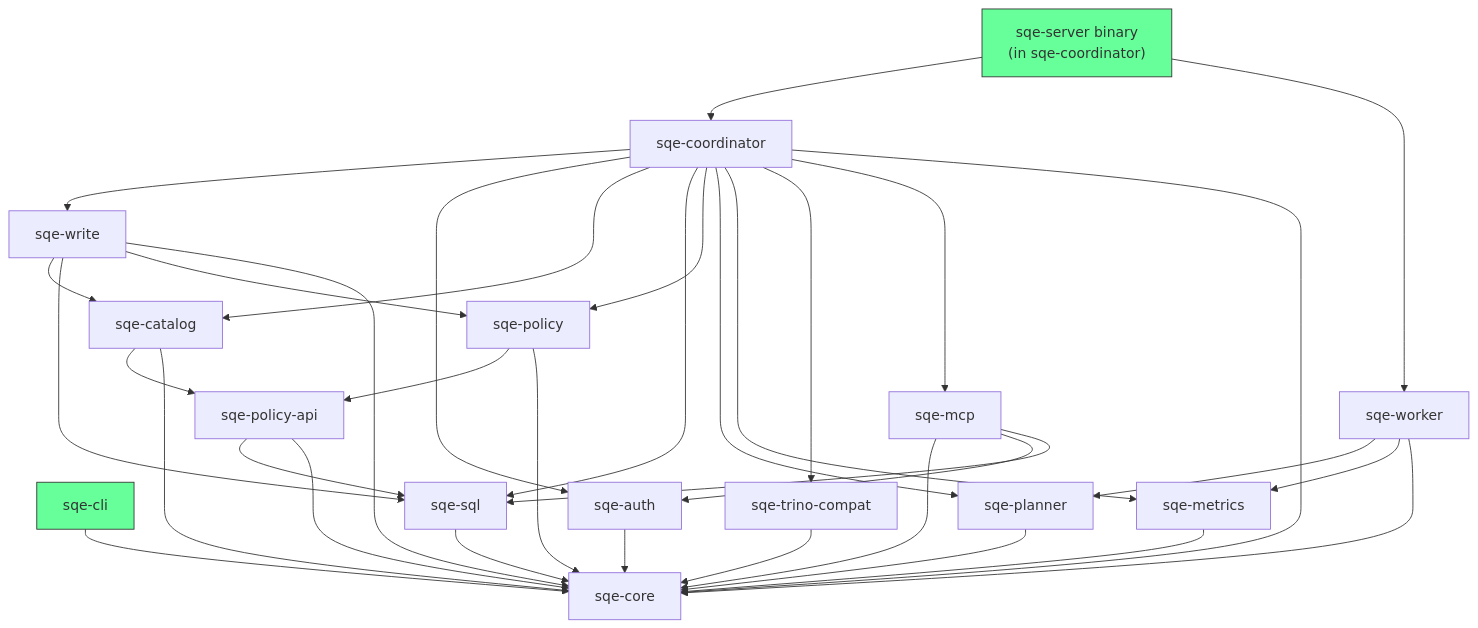
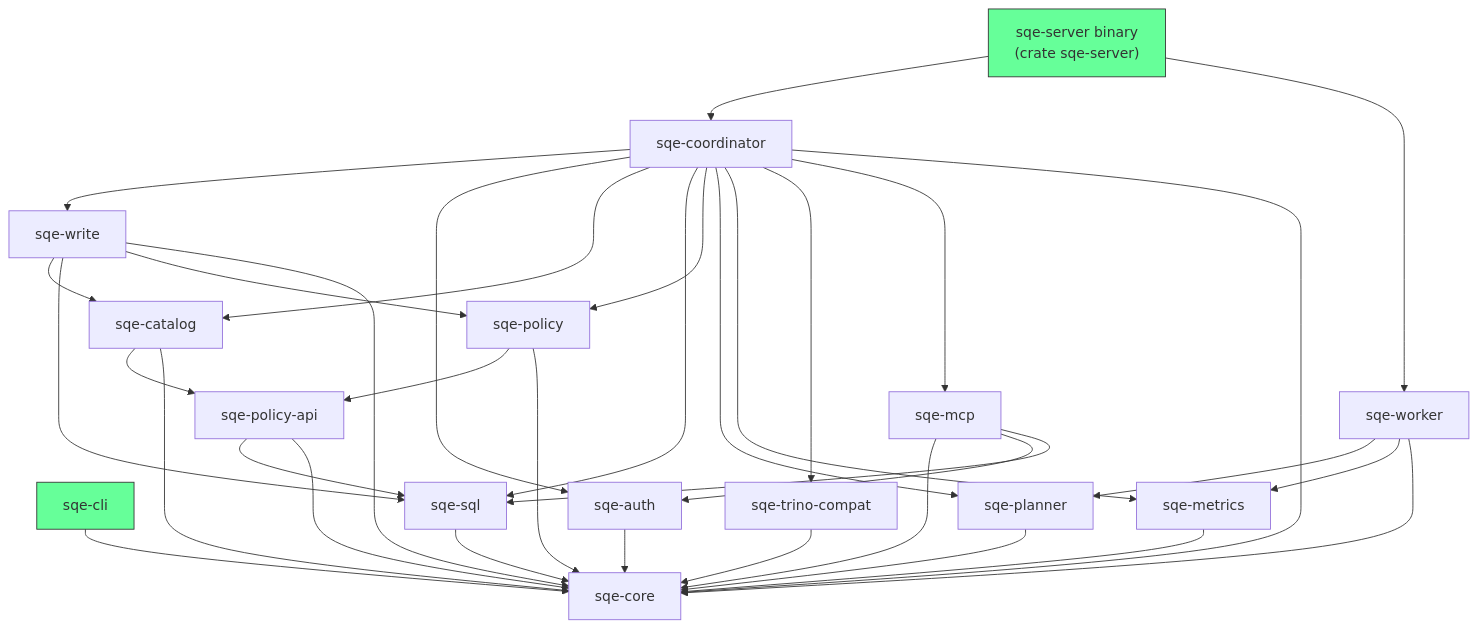
Before and after one commit to schubergphilis/sqe: the diagram in docs/site/book/src/development/crates.md, drawn with Mermaid. The commit also changed other lines of this file and 24 other files, not shown here.

First line of the commit message:
refactor(crates): move the sqe-server binary into its own crate (#635, #636, #589)

````diff
--- a/docs/site/book/src/development/crates.md
+++ b/docs/site/book/src/development/crates.md
@@ -7,48 +7,48 @@
 ```mermaid
 graph TB
-    SERVER["sqe-server binary<br/>(in sqe-coordinator)"]
+    SERVER["sqe-server binary<br/>(crate sqe-server)"]
     CLI["sqe-cli"]
 
     SERVER --> COORD["sqe-coordinator"]
     SERVER --> WORKER["sqe-worker"]
 
     COORD --> WRITE["sqe-write"]
     COORD --> AUTH["sqe-auth"]
     COORD --> CAT["sqe-catalog"]
     COORD --> SQL["sqe-sql"]
     COORD --> POLICY["sqe-policy"]
     COORD --> PLANNER["sqe-planner"]
     COORD --> METRICS["sqe-metrics"]
     COORD --> TRINO["sqe-trino-compat"]
     COORD --> MCP["sqe-mcp"]
     COORD --> CORE["sqe-core"]
 
     WORKER --> PLANNER
     WORKER --> METRICS
     WORKER --> CORE
 
     WRITE --> CAT
     WRITE --> SQL
     WRITE --> POLICY
     WRITE --> CORE
 
     AUTH --> CORE
     CAT --> POLICYAPI["sqe-policy-api"]
     CAT --> CORE
     SQL --> CORE
     POLICY --> POLICYAPI
     POLICY --> CORE
     POLICYAPI --> SQL
     POLICYAPI --> CORE
     PLANNER --> CORE
     METRICS --> CORE
     TRINO --> CORE
     MCP --> CORE
     MCP --> AUTH
     MCP --> SQL
 
     CLI --> CORE
 
     style SERVER fill:#6f9,stroke:#333
     style CLI fill:#6f9,stroke:#333
 ```
````
